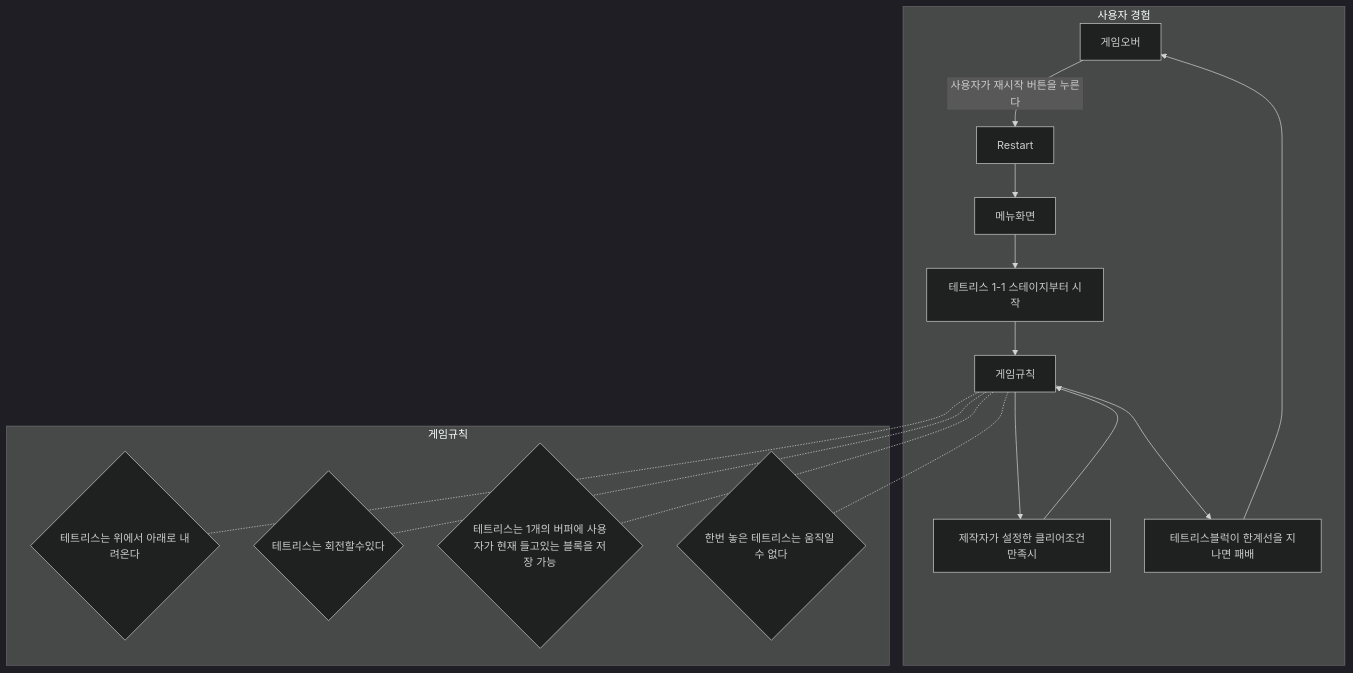
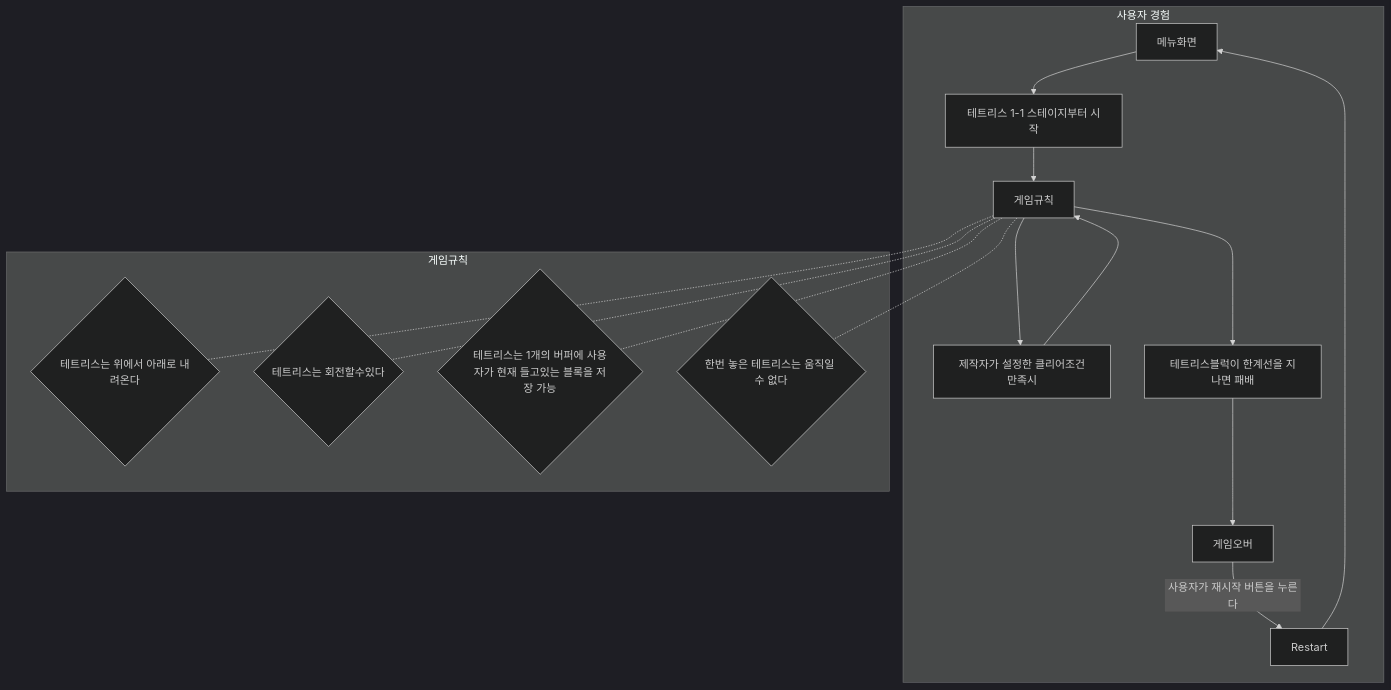
One commit to BADUGII/Tutorial_Imitation_Teris changed the first of 2 diagrams in Diagrams/20210519_Diagram.md. Above: the diagram before and after it, drawn with Mermaid (dark theme).

````diff
--- a/Diagrams/20210519_Diagram.md
+++ b/Diagrams/20210519_Diagram.md
@@ -2,22 +2,23 @@
 ```mermaid
 graph TD
   subgraph GameFlow[사용자 경험]
+    Menu -->  GameStart[테트리스 1-1 스테이지부터 시작]
     GameOver[게임오버] -->|사용자가 재시작 버튼을 누른다| Restart
     Restart --> Menu[메뉴화면]
-    Menu -->  GameStart[테트리스 1-1 스테이지부터 시작]
+    
     
     GameStart --> Play[게임규칙]
     Play --> Clear[제작자가 설정한 클리어조건만족시]
     Clear--> Play
     Play --> LoseCondition[테트리스블럭이 한계선을 지나면 패배]
     LoseCondition --> GameOver
   end
   subgraph GameRule[게임규칙]
     
   Play -.- Rule1{테트리스는 위에서 아래로 내려온다}
   Play -.- Rule2{테트리스는 회전할수있다}
   Play -.- Rule3{테트리스는 1개의 버퍼에 사용자가 현재 들고있는 블록을 저장 가능}
   Play -.- Rule4{한번 놓은 테트리스는 움직일 수 없다}
 end
   
 ```
````
